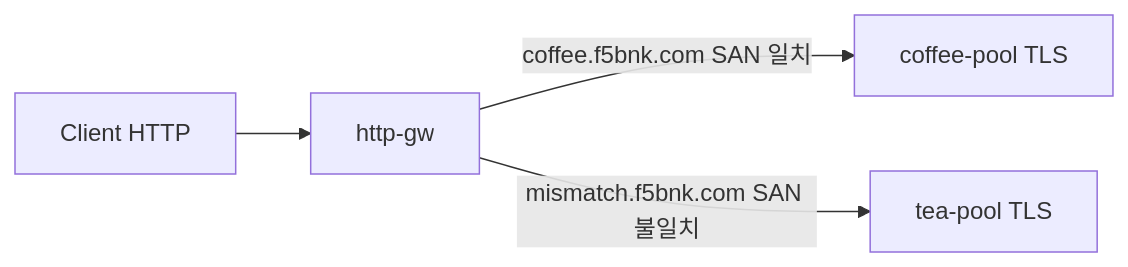
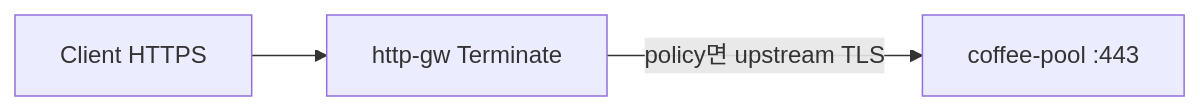
Before and after one commit to mink0119/2609_f5bnk: the diagram in Advanced_Feature/3.7_BackendTLSPolicy_HostnameSAN/README.md, drawn with Mermaid. The commit also changed other lines of this file and 25 other files, not shown here.

````diff
--- a/Advanced_Feature/3.7_BackendTLSPolicy_HostnameSAN/README.md
+++ b/Advanced_Feature/3.7_BackendTLSPolicy_HostnameSAN/README.md
@@ -10,6 +8,5 @@
 ```mermaid
 flowchart LR
-  C[Client HTTP] --> VIP[http-gw]
-  VIP -->|coffee.f5bnk.com SAN 일치| P1["coffee-pool TLS"]
-  VIP -->|mismatch.f5bnk.com SAN 불일치| P2["tea-pool TLS"]
+  C[Client HTTPS] --> VIP[http-gw Terminate]
+  VIP -->|policy면 upstream TLS| P1["coffee-pool :443"]
 ```
````
